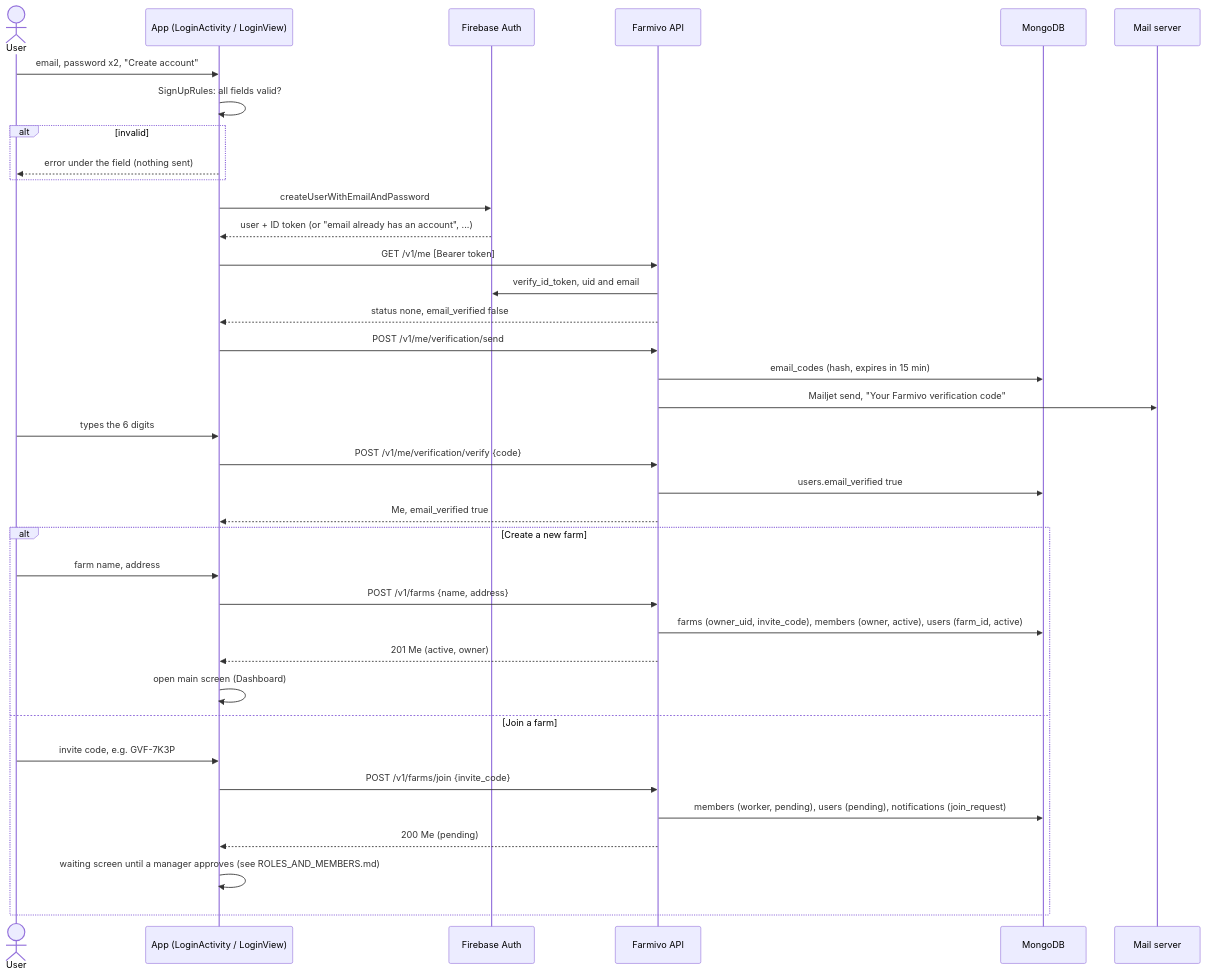
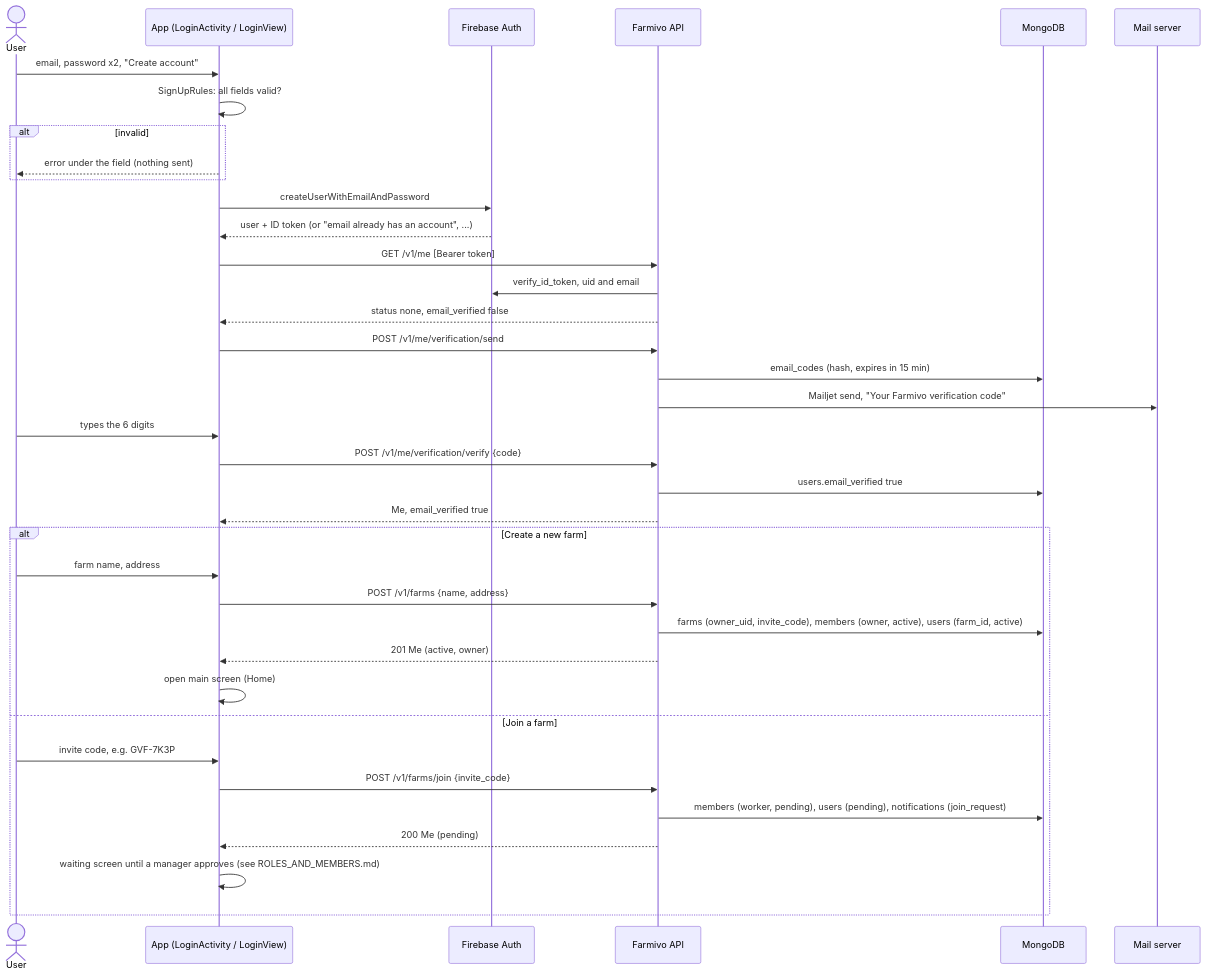
One commit to haythoum/farmivo_backend changed the third of 11 diagrams in docs/SYSTEM_GUIDE.md. Above: the diagram before and after it, drawn with Mermaid. The commit also changed other lines of this file and 9 other files, not shown here.

````diff
--- a/docs/SYSTEM_GUIDE.md
+++ b/docs/SYSTEM_GUIDE.md
@@ -91,39 +102,39 @@
 ```mermaid
 sequenceDiagram
   actor U as User
   participant App as App (LoginActivity / LoginView)
   participant FA as Firebase Auth
   participant API as Farmivo API
   participant DB as MongoDB
   participant Mail as Mail server
   U->>App: email, password x2, "Create account"
   App->>App: SignUpRules: all fields valid?
   alt invalid
     App-->>U: error under the field (nothing sent)
   end
   App->>FA: createUserWithEmailAndPassword
   FA-->>App: user + ID token (or "email already has an account", ...)
   App->>API: GET /v1/me  [Bearer token]
   API->>FA: verify_id_token, uid and email
   API-->>App: status none, email_verified false
   App->>API: POST /v1/me/verification/send
   API->>DB: email_codes (hash, expires in 15 min)
   API->>Mail: Mailjet send, "Your Farmivo verification code"
   U->>App: types the 6 digits
   App->>API: POST /v1/me/verification/verify {code}
   API->>DB: users.email_verified true
   API-->>App: Me, email_verified true
   alt Create a new farm
     U->>App: farm name, address
     App->>API: POST /v1/farms {name, address}
     API->>DB: farms (owner_uid, invite_code), members (owner, active), users (farm_id, active)
     API-->>App: 201 Me (active, owner)
-    App->>App: open main screen (Dashboard)
+    App->>App: open main screen (Home)
   else Join a farm
     U->>App: invite code, e.g. GVF-7K3P
     App->>API: POST /v1/farms/join {invite_code}
     API->>DB: members (worker, pending), users (pending), notifications (join_request)
     API-->>App: 200 Me (pending)
     App->>App: waiting screen until a manager approves (see ROLES_AND_MEMBERS.md)
   end
 ```
````
